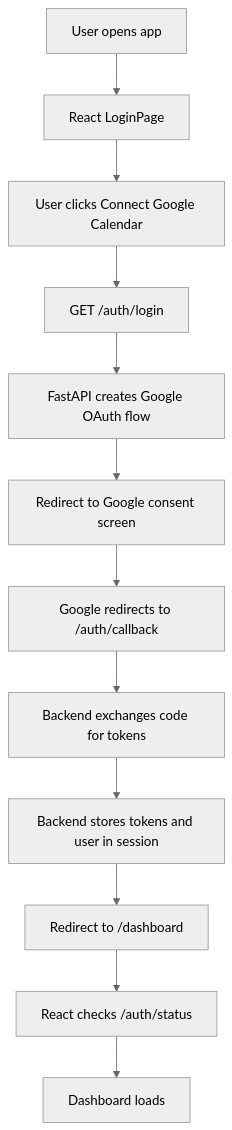
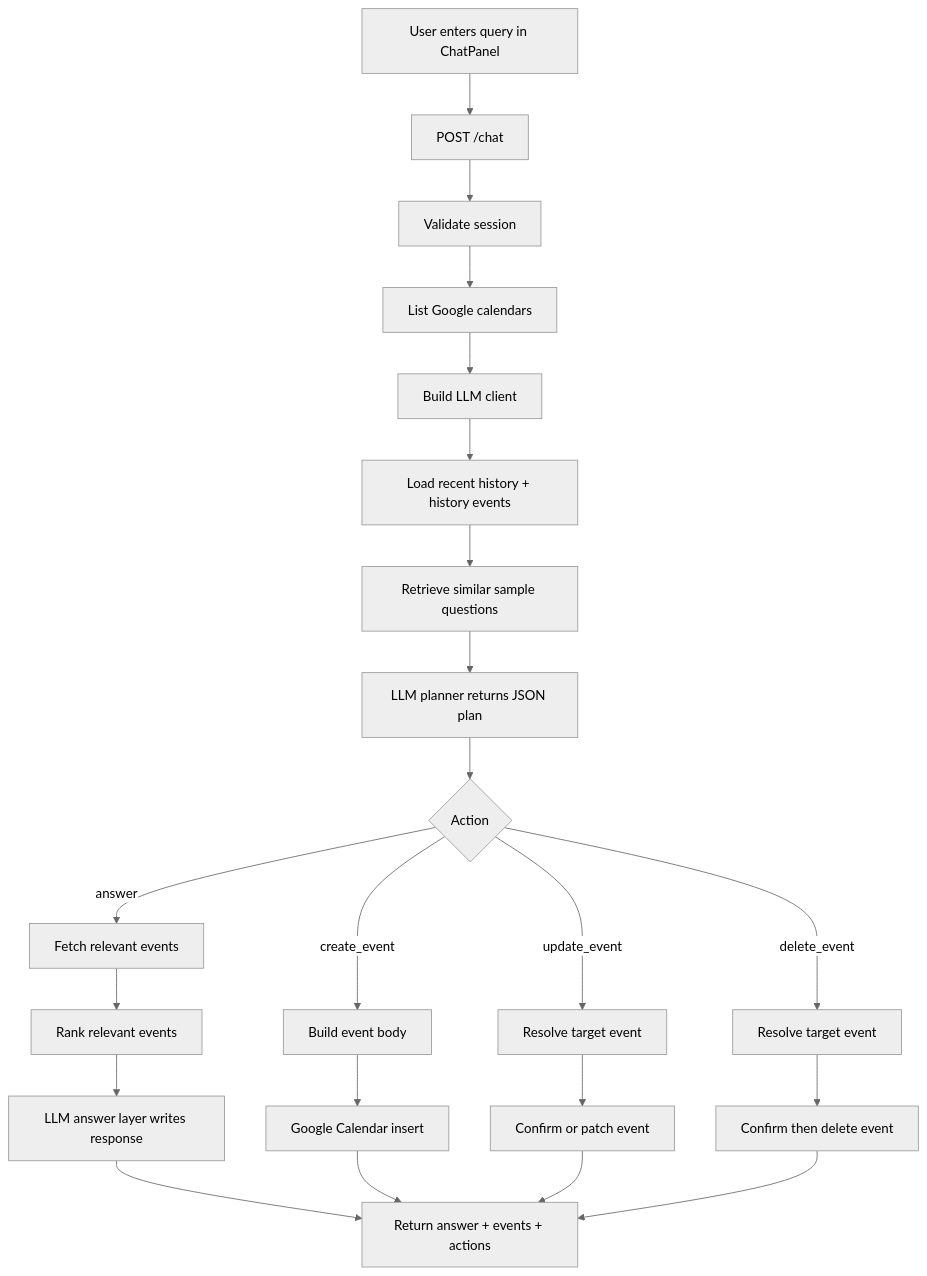
The second of 6 diagrams in PROJECT_DOCUMENTATION.md (rishabrkb123-collab/google-calendar-rag-chatbot), drawn with Mermaid (neutral theme) before and after one commit. The commit also changed other lines of this file and 16 other files, not shown here.

````diff
--- a/PROJECT_DOCUMENTATION.md
+++ b/PROJECT_DOCUMENTATION.md
@@ -105,14 +239,24 @@
 ```mermaid
 flowchart TD
-    A[User opens app] --> B[React LoginPage]
-    B --> C[User clicks Connect Google Calendar]
-    C --> D[GET /auth/login]
-    D --> E[FastAPI creates Google OAuth flow]
-    E --> F[Redirect to Google consent screen]
-    F --> G[Google redirects to /auth/callback]
-    G --> H[Backend exchanges code for tokens]
-    H --> I[Backend stores tokens and user in session]
-    I --> J[Redirect to /dashboard]
-    J --> K[React checks /auth/status]
-    K --> L[Dashboard loads]
+    A[User enters query in ChatPanel] --> B[POST /chat]
+    B --> C[Validate session]
+    C --> D[List Google calendars]
+    D --> E[Build LLM client]
+    E --> F[Load recent history + history events]
+    F --> G[Retrieve similar sample questions]
+    G --> H[LLM planner returns JSON plan]
+    H --> I{Action}
+    I -->|answer| J[Fetch relevant events]
+    I -->|create_event| K[Build event body]
+    I -->|update_event| L[Resolve target event]
+    I -->|delete_event| M[Resolve target event]
+    J --> N[Rank relevant events]
+    N --> O[LLM answer layer writes response]
+    K --> P[Google Calendar insert]
+    L --> Q[Confirm or patch event]
+    M --> R[Confirm then delete event]
+    O --> S[Return answer + events + actions]
+    P --> S
+    Q --> S
+    R --> S
 ```
````
